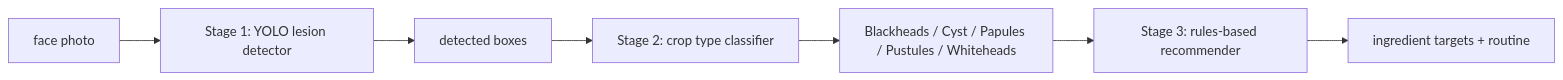
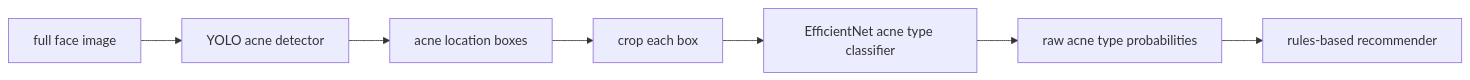
The diagram in README.md (Kumario1/skinscan), drawn with Mermaid before and after one commit. The commit also changed other lines of this file and 8 other files, not shown here.

````diff
--- a/README.md
+++ b/README.md
@@ -15,9 +25,9 @@
 ```mermaid
 flowchart LR
-    A["face photo"] --> B["Stage 1: YOLO lesion detector"]
-    B --> C["detected boxes"]
-    C --> D["Stage 2: crop type classifier"]
-    D --> E["Blackheads / Cyst / Papules / Pustules / Whiteheads"]
-    E --> F["Stage 3: rules-based recommender"]
-    F --> G["ingredient targets + routine"]
+    A["full face image"] --> B["YOLO acne detector"]
+    B --> C["acne location boxes"]
+    C --> D["crop each box"]
+    D --> E["EfficientNet acne type classifier"]
+    E --> F["raw acne type probabilities"]
+    F --> G["rules-based recommender"]
 ```
````
